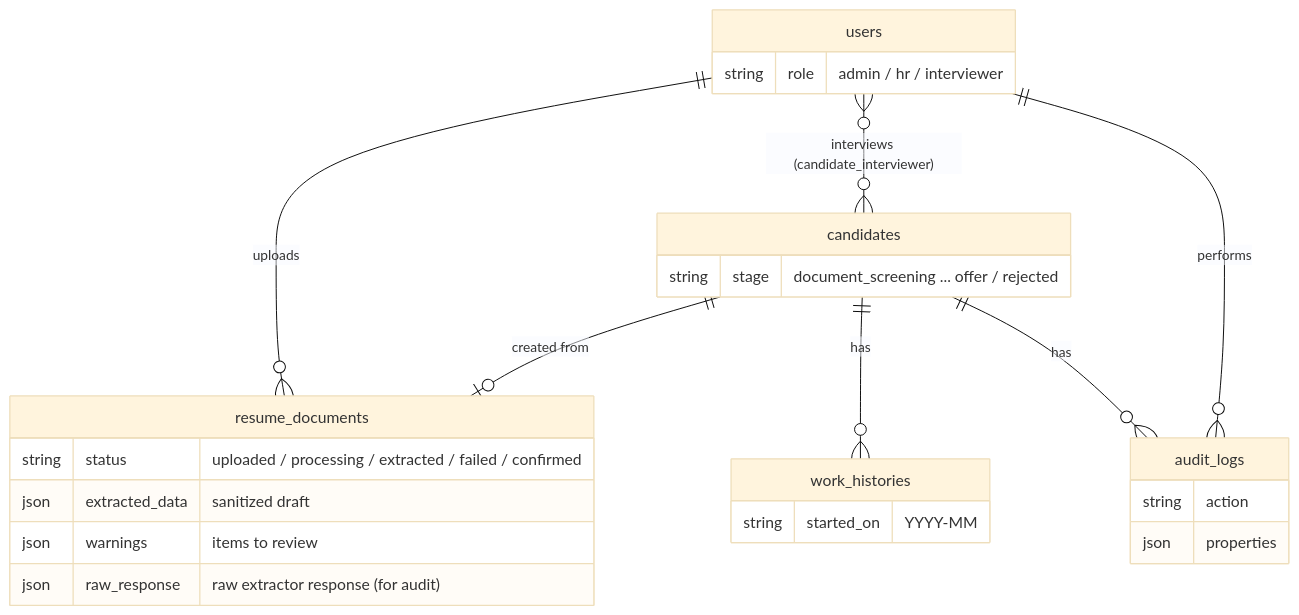
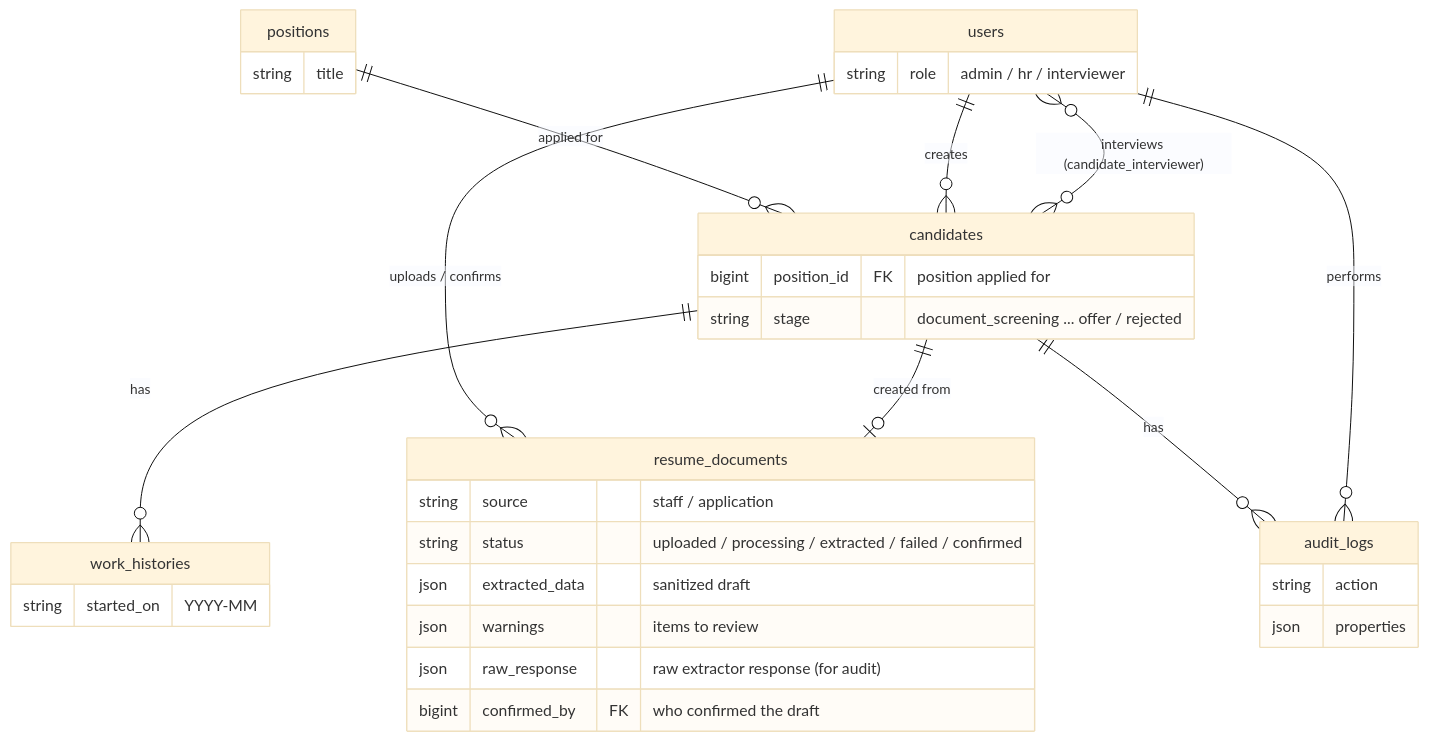
The second of 2 diagrams in README-en.md (roymwxuk/mwx-laravel-candidate-hub), drawn with Mermaid (base theme) before and after one commit. The commit also changed other lines of this file and 1 other file, not shown here.

First line of the commit message:
Update the README data model and design notes to match the current schema

````diff
--- a/README-en.md
+++ b/README-en.md
@@ -59,20 +59,28 @@
 ```mermaid
 erDiagram
-    users ||--o{ resume_documents : uploads
+    positions ||--o{ candidates : "applied for"
+    users ||--o{ resume_documents : "uploads / confirms"
+    users ||--o{ candidates : creates
     users }o--o{ candidates : "interviews (candidate_interviewer)"
     candidates ||--o{ work_histories : has
     candidates ||--o| resume_documents : "created from"
     candidates ||--o{ audit_logs : has
     users ||--o{ audit_logs : performs
 
     users { string role "admin / hr / interviewer" }
+    positions { string title }
     resume_documents {
+        string source "staff / application"
         string status "uploaded / processing / extracted / failed / confirmed"
         json extracted_data "sanitized draft"
         json warnings "items to review"
         json raw_response "raw extractor response (for audit)"
+        bigint confirmed_by FK "who confirmed the draft"
     }
-    candidates { string stage "document_screening ... offer / rejected" }
+    candidates {
+        bigint position_id FK "position applied for"
+        string stage "document_screening ... offer / rejected"
+    }
     work_histories { string started_on "YYYY-MM" }
     audit_logs { string action  json properties }
 ```
````
